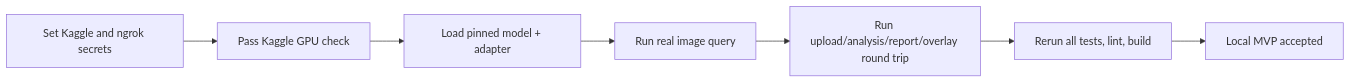
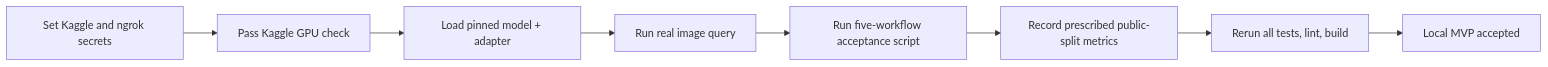
The diagram in docs/PROGRESS.md (aanandmodi/StatqueryAI), drawn with Mermaid before and after one commit. The commit also changed other lines of this file and 25 other files, not shown here.

````diff
--- a/docs/PROGRESS.md
+++ b/docs/PROGRESS.md
@@ -54,9 +56,10 @@
 ```mermaid
 flowchart LR
     Install[Set Kaggle and ngrok secrets] --> CUDA[Pass Kaggle GPU check]
     CUDA --> Load[Load pinned model + adapter]
     Load --> Query[Run real image query]
-    Query --> API[Run upload/analysis/report/overlay round trip]
-    API --> Build[Rerun all tests, lint, build]
+    Query --> API[Run five-workflow acceptance script]
+    API --> Benchmark[Record prescribed public-split metrics]
+    Benchmark --> Build[Rerun all tests, lint, build]
     Build --> Accept[Local MVP accepted]
 ```
````
